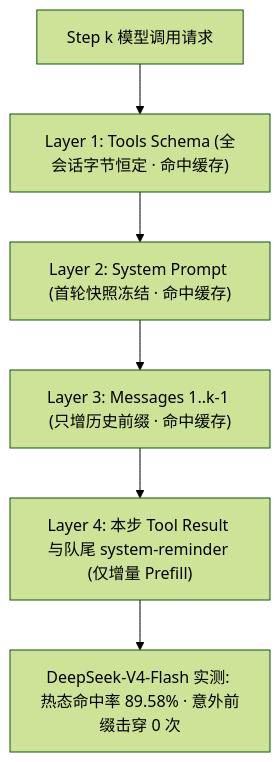
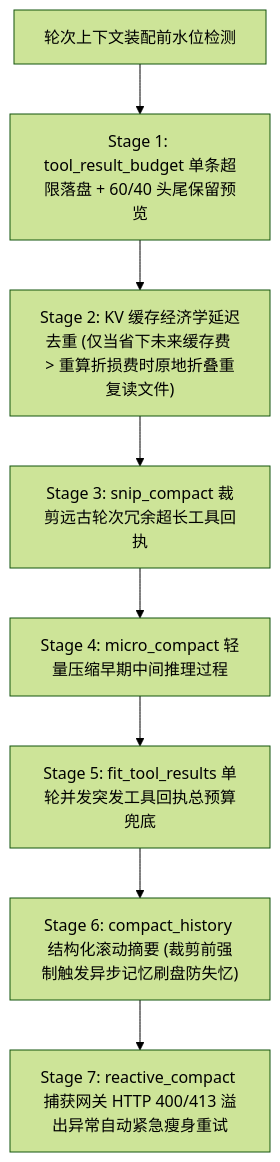
Before and after one commit to HelmAgent/Helm_website: the second of 3 diagrams in docs/architecture/memory-and-rag.md, drawn with Mermaid (forest theme). The commit also changed other lines of this file and 57 other files, not shown here.

Commit message:
docs(architecture): add detailed documentation for the 5-Tier Permission Sandbox, Zero-RTT Intent Engine, and Open Ecosystem; include core modules, empirical evidence, and interactive permission modes for enhanced clarity and functionality

````diff
--- a/docs/architecture/memory-and-rag.md
+++ b/docs/architecture/memory-and-rag.md
@@ -78,8 +46,10 @@
 ```mermaid
 flowchart TD
-  Req["Step k 模型调用请求"] --> T1["Layer 1: Tools Schema (全会话字节恒定 · 命中缓存)"]
-  T1 --> T2["Layer 2: System Prompt (首轮快照冻结 · 命中缓存)"]
-  T2 --> T3["Layer 3: Messages 1..k-1 (只增历史前缀 · 命中缓存)"]
-  T3 --> T4["Layer 4: 本步 Tool Result 与队尾 system-reminder (仅增量 Prefill)"]
-  T4 --> Hit["DeepSeek-V4-Flash 实测: 热态命中率 89.58% · 意外前缀击穿 0 次"]
+  Input["轮次上下文装配前水位检测"] --> S1["Stage 1: tool_result_budget 单条超限落盘 + 60/40 头尾保留预览"]
+  S1 --> S2["Stage 2: KV 缓存经济学延迟去重 (仅当省下未来缓存费 > 重算折损费时原地折叠重复读文件)"]
+  S2 --> S3["Stage 3: snip_compact 裁剪远古轮次冗余超长工具回执"]
+  S3 --> S4["Stage 4: micro_compact 轻量压缩早期中间推理过程"]
+  S4 --> S5["Stage 5: fit_tool_results 单轮并发突发工具回执总预算兜底"]
+  S5 --> S6["Stage 6: compact_history 结构化滚动摘要 (裁剪前强制触发异步记忆刷盘防失忆)"]
+  S6 --> S7["Stage 7: reactive_compact 捕获网关 HTTP 400/413 溢出异常自动紧急瘦身重试"]
 ```
````
